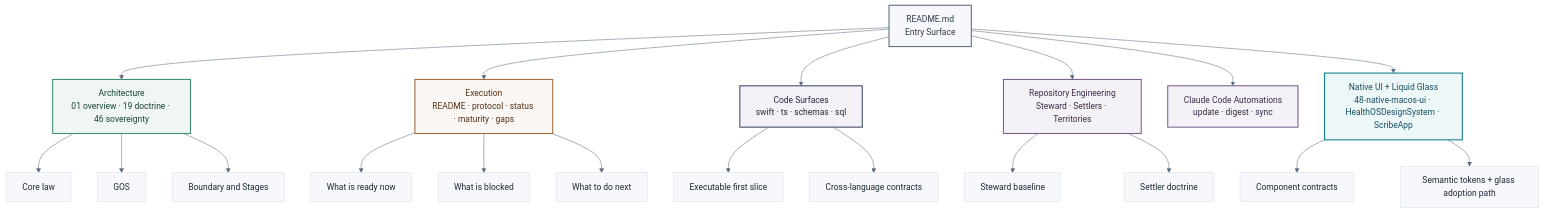
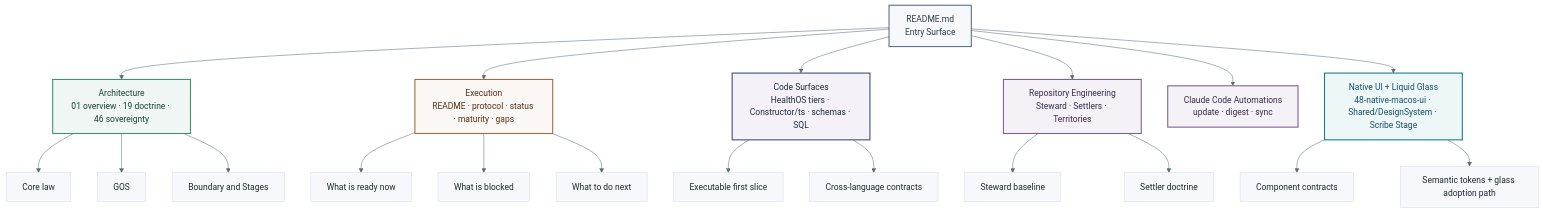
Before and after one commit to myselfgus/HealthOScaffold: the eighth of 12 diagrams in README.md, drawn with Mermaid. The commit also changed other lines of this file and 30 other files, not shown here.

````diff
--- a/README.md
+++ b/README.md
@@ -604,34 +604,34 @@
 ```mermaid
 %%{init: {'theme': 'base', 'themeVariables': {'primaryColor': '#F6F8FB', 'primaryBorderColor': '#D6DEE8', 'primaryTextColor': '#1D2733', 'clusterBkg': '#FFFFFF', 'clusterBorder': '#D6DEE8', 'titleColor': '#1D2733', 'lineColor': '#5B6B7C', 'edgeLabelBackground': '#F6F8FB', 'fontFamily': 'ui-rounded, -apple-system, BlinkMacSystemFont, sans-serif'}}}%%
 flowchart TD
     classDef entry   fill:#F6F8FB,stroke:#5B6B7C,stroke-width:2px,color:#2F3C4A
     classDef arch    fill:#F0F6F3,stroke:#3E8E6F,stroke-width:2px,color:#174234
     classDef exec    fill:#FAF7F4,stroke:#A1693A,stroke-width:2px,color:#553018
     classDef code    fill:#F4F2F8,stroke:#3B4A6B,stroke-width:2px,color:#202A3A
     classDef steward fill:#F5F2F7,stroke:#7B5E8E,stroke-width:2px,color:#3A2946
     classDef ui      fill:#EEF7F8,stroke:#0E7C86,stroke-width:2px,color:#164E63
 
     R[README.md\nEntry Surface]:::entry
 
     A1[Architecture\n01 overview · 19 doctrine · 46 sovereignty]:::arch
     A2[Execution\nREADME · protocol · status · maturity · gaps]:::exec
-    A3[Code Surfaces\nswift · ts · schemas · sql]:::code
+    A3[Code Surfaces\nHealthOS tiers · Constructor/ts · schemas · SQL]:::code
     A4[Repository Engineering\nSteward · Settlers · Territories]:::steward
     A5[Claude Code Automations\nupdate · digest · sync]:::steward
-    A6[Native UI + Liquid Glass\n48-native-macos-ui · HealthOSDesignSystem · ScribeApp]:::ui
+    A6[Native UI + Liquid Glass\n48-native-macos-ui · Shared/DesignSystem · Scribe Stage]:::ui
 
     R --> A1 & A2 & A3 & A4 & A5 & A6
 
     A1 --> A11[Core law]
     A1 --> A12[GOS]
     A1 --> A13[Boundary and Stages]
     A2 --> A21[What is ready now]
     A2 --> A22[What is blocked]
     A2 --> A23[What to do next]
     A3 --> A31[Executable first slice]
     A3 --> A32[Cross-language contracts]
     A4 --> A41[Steward baseline]
     A4 --> A42[Settler doctrine]
     A6 --> A61[Component contracts]
     A6 --> A62[Semantic tokens + glass adoption path]
 ```
````
